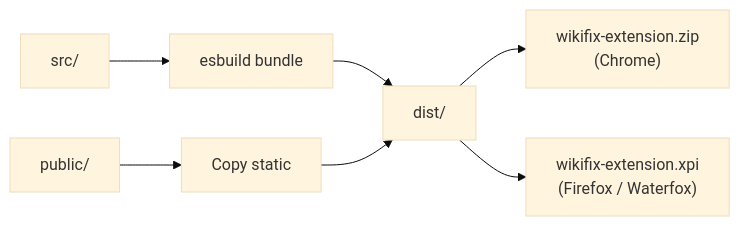
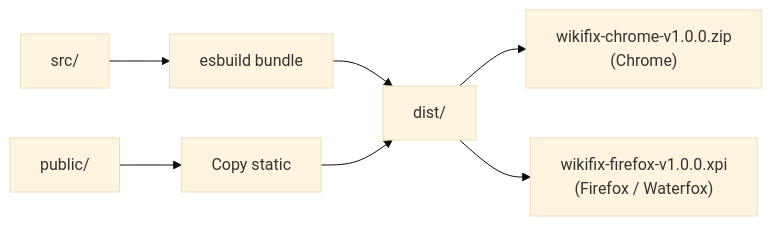
The second of 2 diagrams in README.md (Wolren/WikiCitationExtension), drawn with Mermaid (base theme) before and after one commit. The commit also changed other lines of this file, not shown here.

````diff
--- a/README.md
+++ b/README.md
@@ -80,9 +113,9 @@
 ```mermaid
 flowchart LR
     SRC[src/] --> ES[esbuild bundle]
     PUBLIC[public/] --> CP[Copy static]
     ES --> DIST[dist/]
     CP --> DIST
-    DIST --> ZIP["wikifix-extension.zip<br/>(Chrome)"]
-    DIST --> XPI["wikifix-extension.xpi<br/>(Firefox / Waterfox)"]
+    DIST --> ZIP["wikifix-chrome-v1.0.0.zip<br/>(Chrome)"]
+    DIST --> XPI["wikifix-firefox-v1.0.0.xpi<br/>(Firefox / Waterfox)"]
 ```
````
